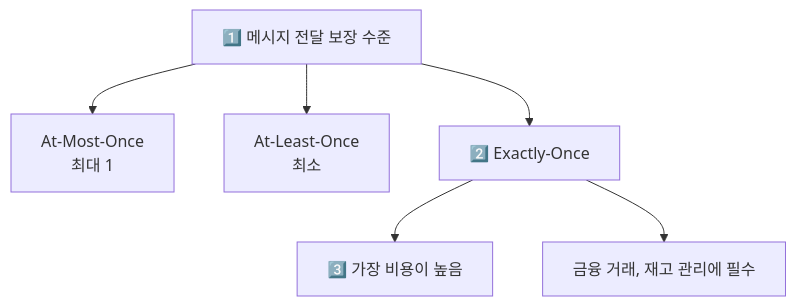
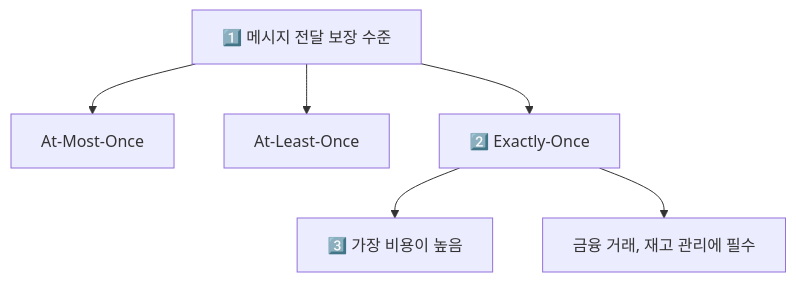
The seventh of 12 diagrams in _posts/kafka/2026-05-02-kafka-deep.md (yjkim2015/yjkim2015.github.io), drawn with Mermaid before and after one commit. The commit also changed other lines of this file and 217 other files, not shown here.

First line of the commit message:
Mermaid 크기 수정: useMaxWidth:true + SVG max-width:100% + 라벨 축소

````diff
--- a/_posts/kafka/2026-05-02-kafka-deep.md
+++ b/_posts/kafka/2026-05-02-kafka-deep.md
@@ -340,9 +340,9 @@
 ```mermaid
 graph TD
     Semantics["1️⃣ 메시지 전달 보장 수준"]
-    Semantics --> AtMost["At-Most-Once\n최대 1"]
-    Semantics --> AtLeast["At-Least-Once\n최소"]
-    Semantics --> Exactly["2️⃣ Exactly-Once\n"]
+    Semantics --> AtMost["At-Most-Once"]
+    Semantics --> AtLeast["At-Least-Once"]
+    Semantics --> Exactly["2️⃣ Exactly-Once"]
     Exactly --> Cost["3️⃣ 가장 비용이 높음"]
     Exactly --> Use["금융 거래, 재고 관리에 필수"]
 ```
````
